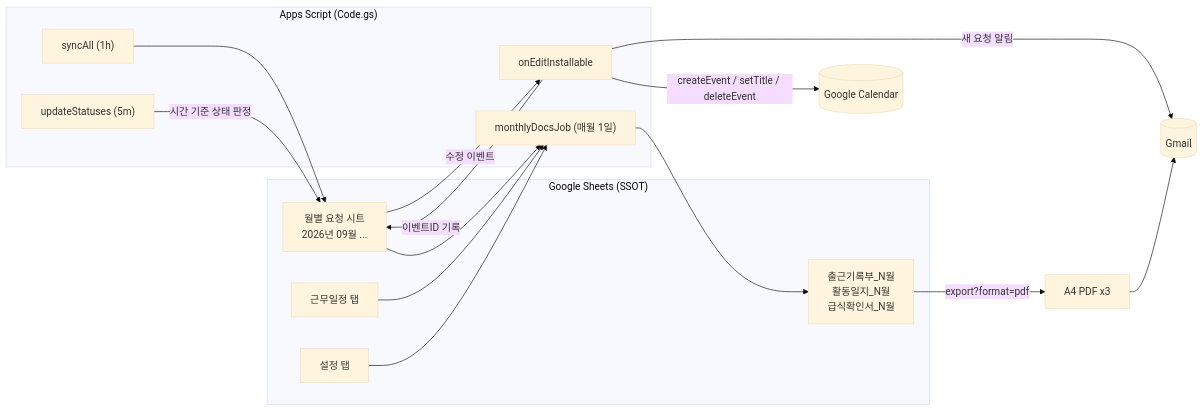
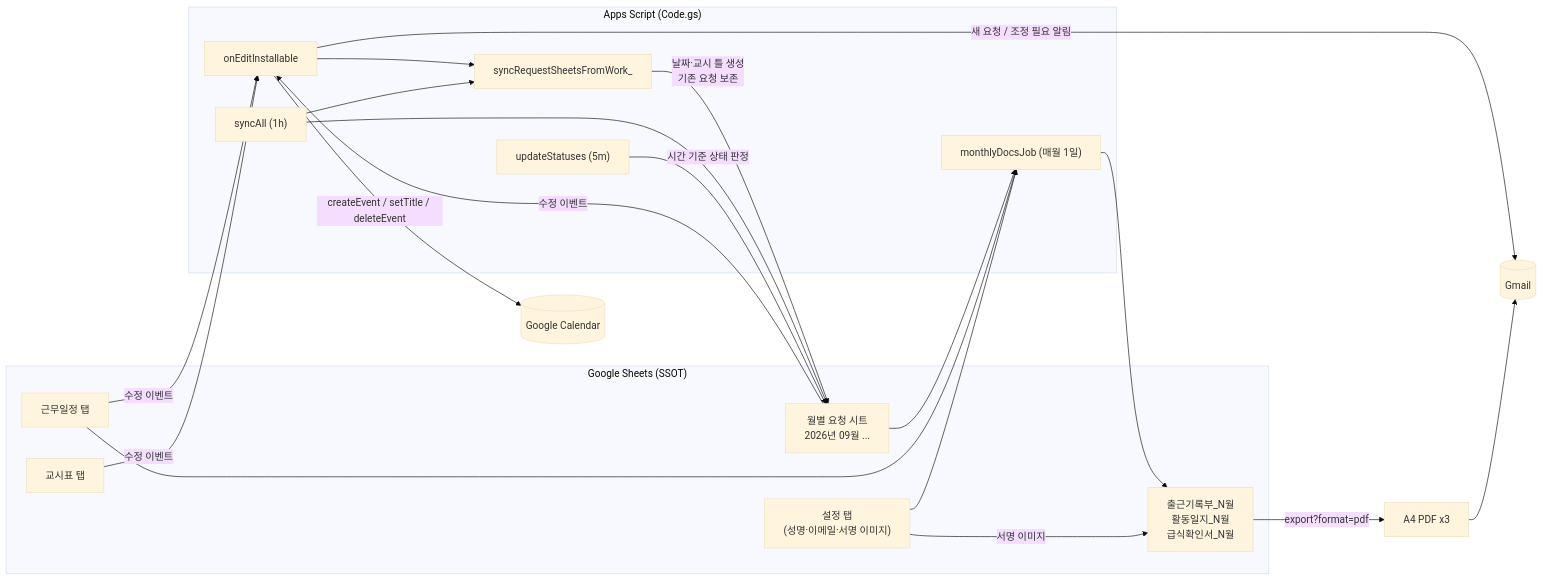
Before and after one commit to Kangchanghwan/digital-tutor-automation: the diagram in README.md, drawn with Mermaid (base theme). The commit also changed other lines of this file and 1 other file, not shown here.

First line of the commit message:
feat: 근무일정 기반 요청표 자동 생성 + 서명 이미지 자동 날인

````diff
--- a/README.md
+++ b/README.md
@@ -40,25 +48,31 @@
 ```mermaid
 flowchart LR
     subgraph Sheet["Google Sheets (SSOT)"]
+        W["근무일정 탭"]
+        P["교시표 탭"]
+        CFG["설정 탭<br/>(성명·이메일·서명 이미지)"]
         M["월별 요청 시트<br/>2026년 09월 ..."]
-        W["근무일정 탭"]
-        CFG["설정 탭"]
         D["출근기록부_N월<br/>활동일지_N월<br/>급식확인서_N월"]
     end
     subgraph GAS["Apps Script (Code.gs)"]
         E["onEditInstallable"]
+        R["syncRequestSheetsFromWork_"]
         S["syncAll (1h)"]
         U["updateStatuses (5m)"]
         J["monthlyDocsJob (매월 1일)"]
     end
+    W & P -->|수정 이벤트| E
+    E --> R
+    R -->|날짜·교시 틀 생성<br/>기존 요청 보존| M
     M -->|수정 이벤트| E
     E -->|createEvent / setTitle / deleteEvent| CAL[(Google Calendar)]
-    E -->|새 요청 알림| MAIL[(Gmail)]
-    E -->|이벤트ID 기록| M
+    E -->|새 요청 / 조정 필요 알림| MAIL[(Gmail)]
+    S --> R
     S --> M
     U -->|시간 기준 상태 판정| M
     M & W & CFG --> J
     J --> D
+    CFG -->|서명 이미지| D
     D -->|export?format=pdf| PDF[A4 PDF x3]
     PDF --> MAIL
 ```
````
